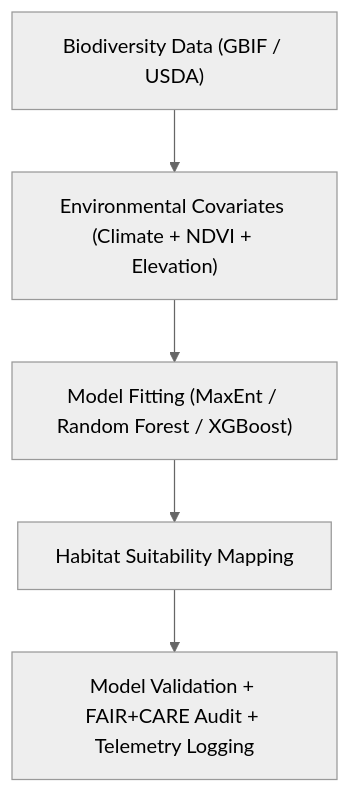
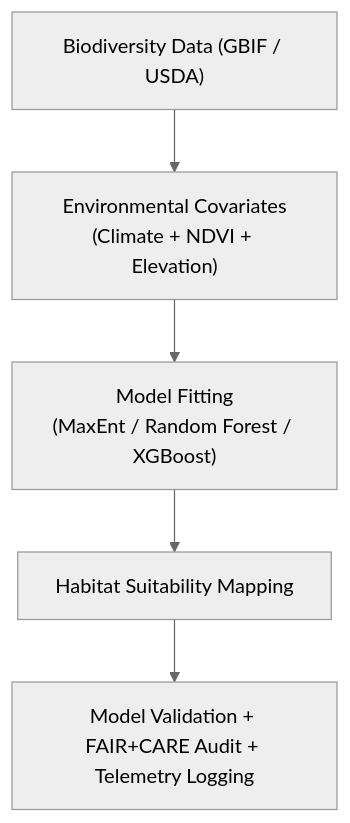
The diagram in docs/analyses/ecology/species-distribution-modeling.md (bartytime4life/Kansas-Frontier-Matrix), drawn with Mermaid (neutral theme) before and after one commit. The commit also changed other lines of this file, not shown here.

````diff
--- a/docs/analyses/ecology/species-distribution-modeling.md
+++ b/docs/analyses/ecology/species-distribution-modeling.md
@@ -57,7 +159,7 @@
 ```mermaid
 flowchart TD
-  A["Biodiversity Data (GBIF / USDA)"] --> B["Environmental Covariates (Climate + NDVI + Elevation)"]
-  B --> C["Model Fitting (MaxEnt / Random Forest / XGBoost)"]
+  A["Biodiversity Data (GBIF / USDA)"] --> B["Environmental Covariates<br/>(Climate + NDVI + Elevation)"]
+  B --> C["Model Fitting<br/>(MaxEnt / Random Forest / XGBoost)"]
   C --> D["Habitat Suitability Mapping"]
   D --> E["Model Validation + FAIR+CARE Audit + Telemetry Logging"]
 ```
````
